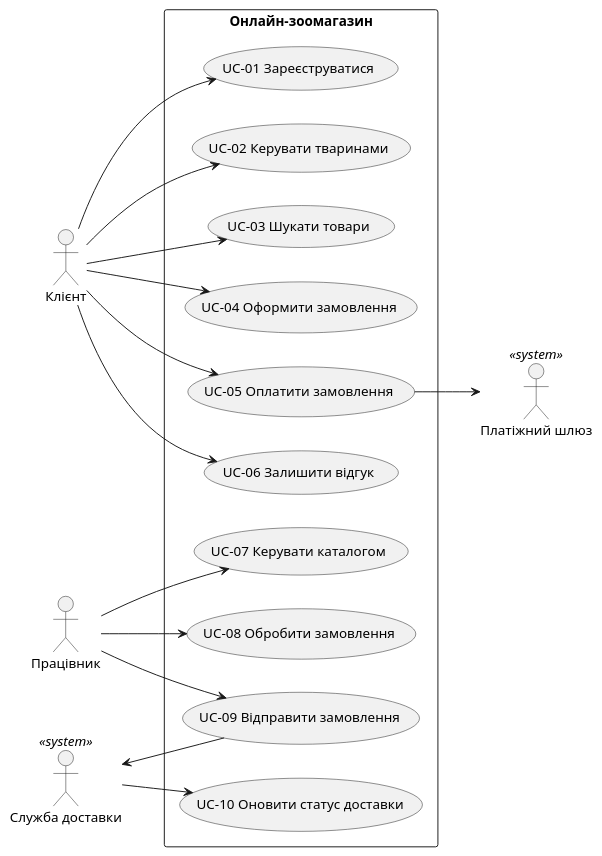
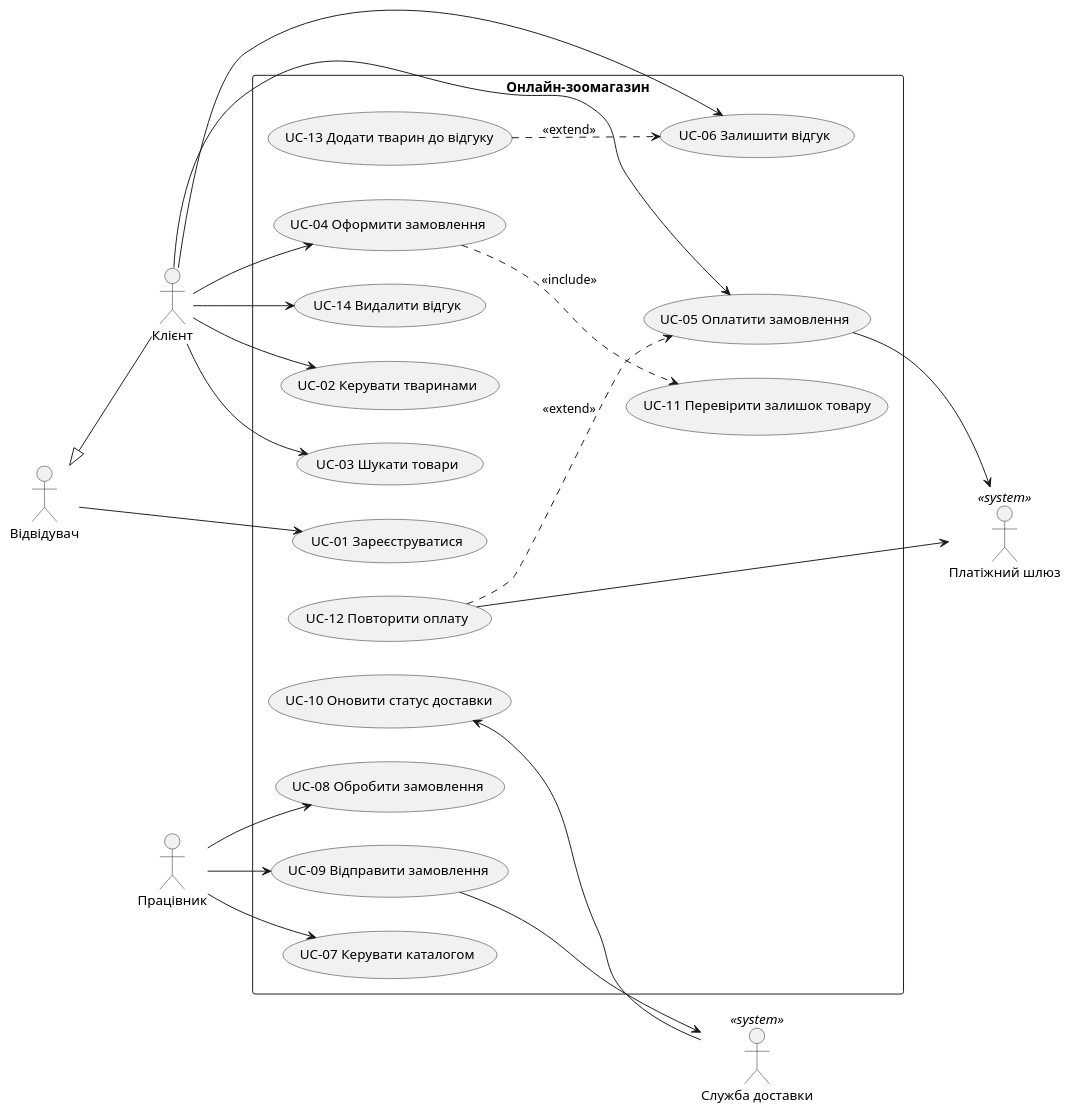
One commit to hutnichs/KPI_MAVPZ changed the diagram in Lab2/petshop.puml. Above: the diagram before and after it, drawn with PlantUML. The commit also changed 2 other files, not shown here.

Commit message:
Added Gherkin, RTM and updated UML

```diff
--- a/Lab2/petshop.puml
+++ b/Lab2/petshop.puml
@@ -1,37 +1,53 @@
 @startuml
 left to right direction
 skinparam packageStyle rectangle
 
+actor "Відвідувач" as Visitor
 actor "Клієнт" as Customer
 actor "Працівник" as Employee
 actor "Платіжний шлюз" as PGW <<system>>
 actor "Служба доставки" as DSA <<system>>
+
+' Узагальнення: Клієнт є зареєстрованим Відвідувачем
+Visitor <|-- Customer
 
 rectangle "Онлайн-зоомагазин" {
   usecase "UC-01 Зареєструватися" as UC01
   usecase "UC-02 Керувати тваринами" as UC02
   usecase "UC-03 Шукати товари" as UC03
   usecase "UC-04 Оформити замовлення" as UC04
   usecase "UC-05 Оплатити замовлення" as UC05
   usecase "UC-06 Залишити відгук" as UC06
   usecase "UC-07 Керувати каталогом" as UC07
   usecase "UC-08 Обробити замовлення" as UC08
   usecase "UC-09 Відправити замовлення" as UC09
   usecase "UC-10 Оновити статус доставки" as UC10
+  usecase "UC-11 Перевірити залишок товару" as UC11
+  usecase "UC-12 Повторити оплату" as UC12
+  usecase "UC-13 Додати тварин до відгуку" as UC13
+  usecase "UC-14 Видалити відгук" as UC14
 }
 
-Customer --> UC01
+Visitor --> UC01
 Customer --> UC02
 Customer --> UC03
 Customer --> UC04
 Customer --> UC05
 Customer --> UC06
+Customer --> UC14
 
 Employee --> UC07
 Employee --> UC08
 Employee --> UC09
 
+' include / extend
+UC04 ..> UC11 : <<include>>
+UC12 ..> UC05 : <<extend>>
+UC13 ..> UC06 : <<extend>>
+
+' Зовнішні системи
 UC05 --> PGW
+UC12 --> PGW
 UC09 --> DSA
 DSA --> UC10
 @enduml
```
